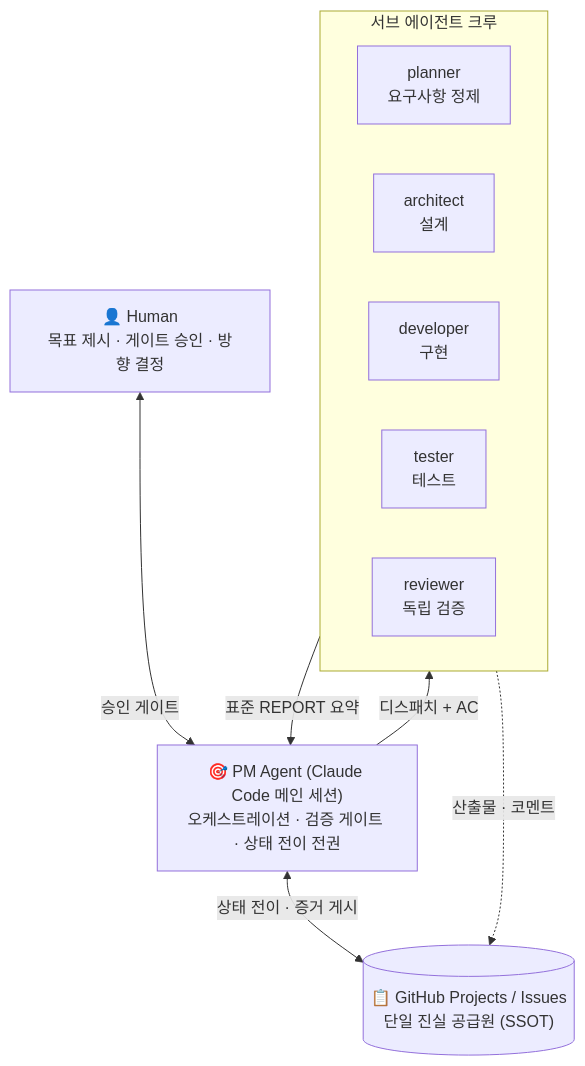
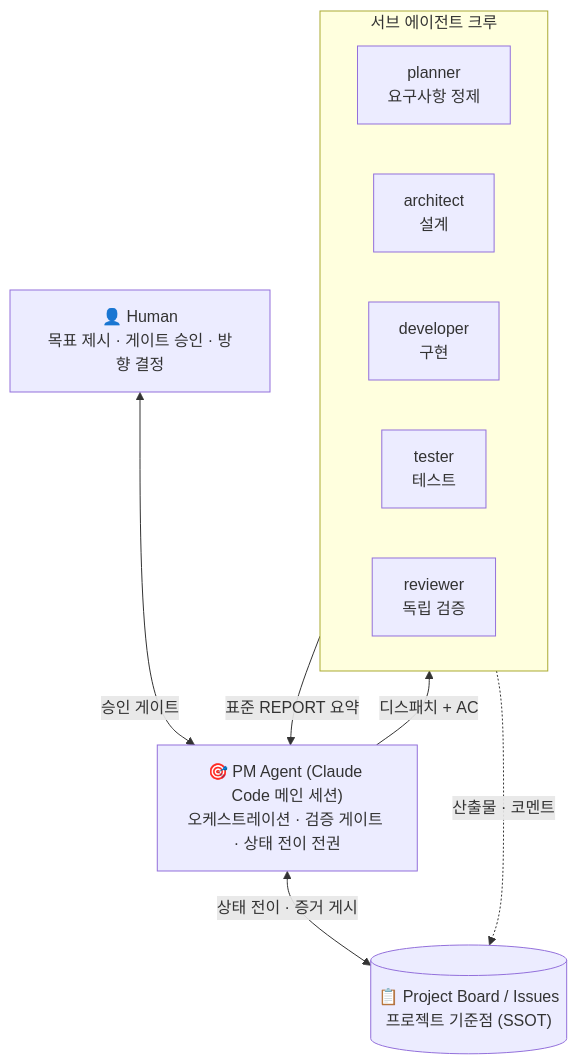
Before and after one commit to julio-kim/crewboard: the diagram in README.md, drawn with Mermaid. The commit also changed other lines of this file and 3 other files, not shown here.

````diff
--- a/README.md
+++ b/README.md
@@ -32,19 +32,19 @@
 ```mermaid
 flowchart TB
     H["👤 Human<br/>목표 제시 · 게이트 승인 · 방향 결정"]
     PM["🎯 PM Agent (Claude Code 메인 세션)<br/>오케스트레이션 · 검증 게이트 · 상태 전이 전권"]
     subgraph CREW["서브 에이전트 크루"]
         P[planner<br/>요구사항 정제]
         A[architect<br/>설계]
         D[developer<br/>구현]
         T[tester<br/>테스트]
         R[reviewer<br/>독립 검증]
     end
-    B[("📋 GitHub Projects / Issues<br/>단일 진실 공급원 (SSOT)")]
+    B[("📋 Project Board / Issues<br/>프로젝트 기준점 (SSOT)")]
 
     H <-->|승인 게이트| PM
     PM -->|디스패치 + AC| CREW
     CREW -->|표준 REPORT 요약| PM
     PM <-->|상태 전이 · 증거 게시| B
     CREW -.->|산출물 · 코멘트| B
 ```
````
